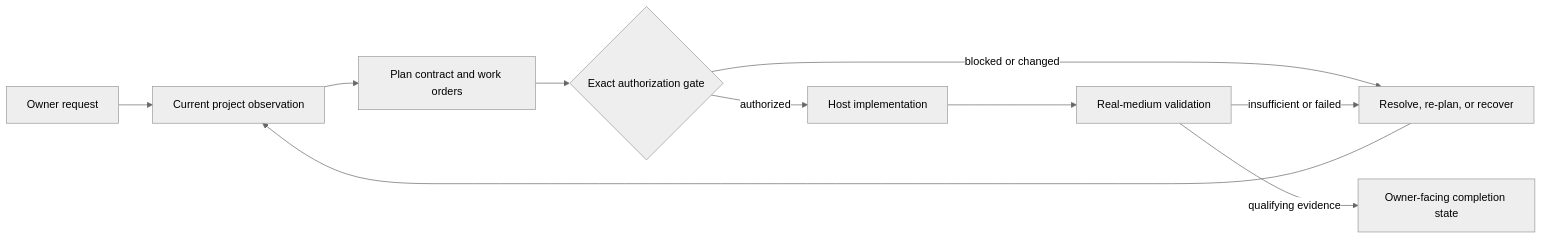
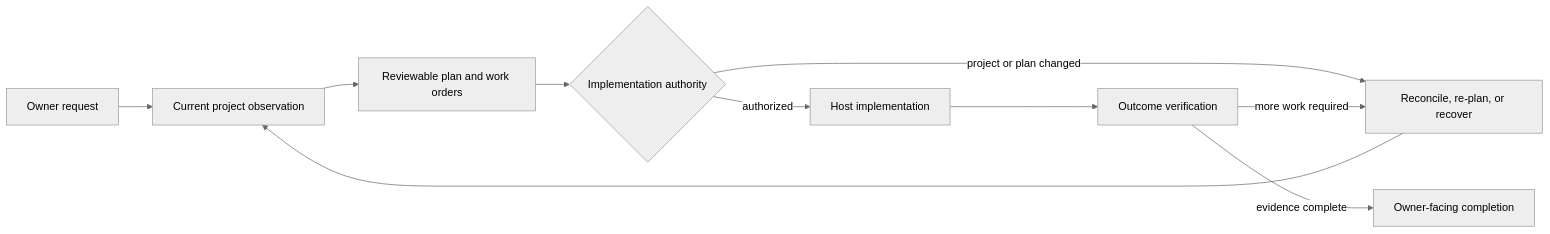
The diagram in README.md (saroo98/loom), drawn with Mermaid (neutral theme) before and after one commit. The commit also changed other lines of this file and 41 other files, not shown here.

````diff
--- a/README.md
+++ b/README.md
@@ -88,12 +84,12 @@
 ```mermaid
 flowchart LR
     A["Owner request"] --> B["Current project observation"]
-    B --> C["Plan contract and work orders"]
-    C --> D{"Exact authorization gate"}
-    D -->|blocked or changed| E["Resolve, re-plan, or recover"]
+    B --> C["Reviewable plan and work orders"]
+    C --> D{"Implementation authority"}
+    D -->|project or plan changed| E["Reconcile, re-plan, or recover"]
     E --> B
     D -->|authorized| F["Host implementation"]
-    F --> G["Real-medium validation"]
-    G -->|insufficient or failed| E
-    G -->|qualifying evidence| H["Owner-facing completion state"]
+    F --> G["Outcome verification"]
+    G -->|more work required| E
+    G -->|evidence complete| H["Owner-facing completion"]
 ```
````
